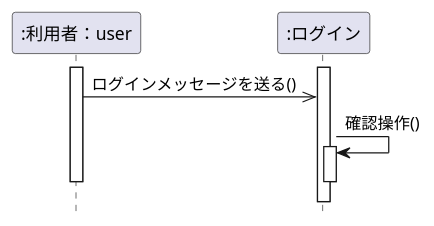
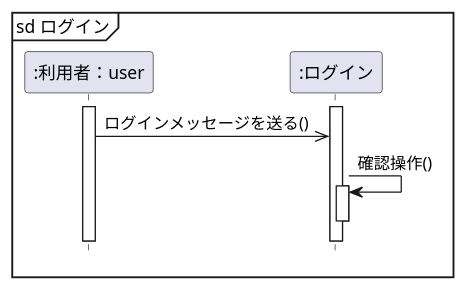
Before and after one commit to a-tamura22/uml-introduction: the diagram in 演習4-2_SD_利用者と予約画面.pu, drawn with PlantUML. The commit also changed other lines of this file, not shown here.

Commit message:
4-2の訂正

```diff
--- a/演習4-2_SD_利用者と予約画面.pu
+++ b/演習4-2_SD_利用者と予約画面.pu
@@ -5,13 +1,14 @@
-@startuml 
+@startuml
 hide footbox
 participant ":利用者：user" as user
 participant ":ログイン" as login
+
+mainframe sd ログイン
 activate user
+activate login
 
-activate login
 user ->> login : ログインメッセージを送る()
 login -> login : 確認操作()
 activate login
 deactivate login
-deactivate user
 @enduml
```
